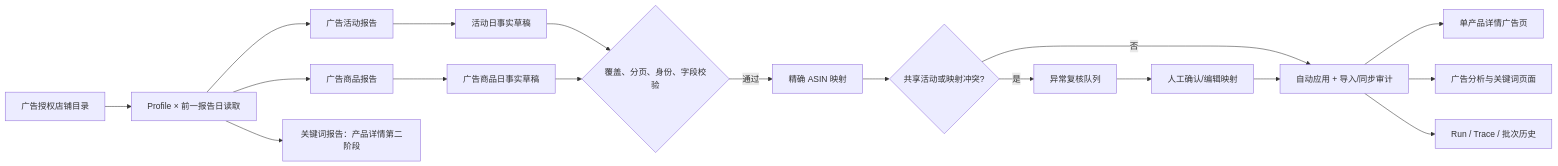
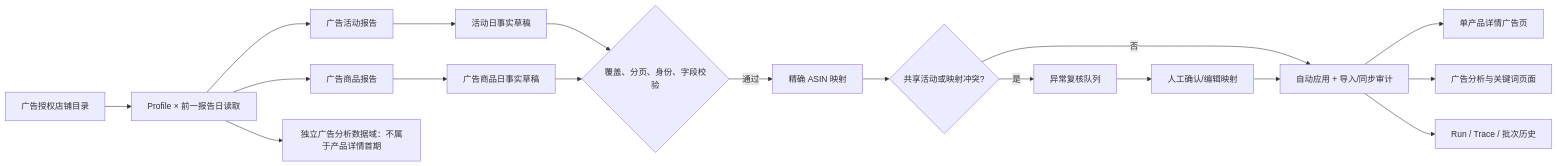
One commit to gaozhenshao-hub/amazon-listing-tool changed the diagram in docs/architecture/product-detail-ad-mcp-auto-import-plan-2026-09-09.md. Above: the diagram before and after it, drawn with Mermaid. The commit also changed other lines of this file and 3 other files, not shown here.

````diff
--- a/docs/architecture/product-detail-ad-mcp-auto-import-plan-2026-09-09.md
+++ b/docs/architecture/product-detail-ad-mcp-auto-import-plan-2026-09-09.md
@@ -80,20 +79,20 @@
 ```mermaid
 flowchart LR
   A[广告授权店铺目录] --> B[Profile × 前一报告日读取]
   B --> C[广告活动报告]
   B --> D[广告商品报告]
-  B --> E[关键词报告：产品详情第二阶段]
+  B --> E[独立广告分析数据域：不属于产品详情首期]
   C --> F[活动日事实草稿]
   D --> G[广告商品日事实草稿]
   F --> H{覆盖、分页、身份、字段校验}
   G --> H
   H -->|通过| I[精确 ASIN 映射]
   I --> J{共享活动或映射冲突?}
   J -->|否| K[自动应用 + 导入/同步审计]
   J -->|是| L[异常复核队列]
   L --> M[人工确认/编辑映射]
   M --> K
   K --> N[单产品详情广告页]
   K --> O[广告分析与关键词页面]
   K --> P[Run / Trace / 批次历史]
 ```
````
